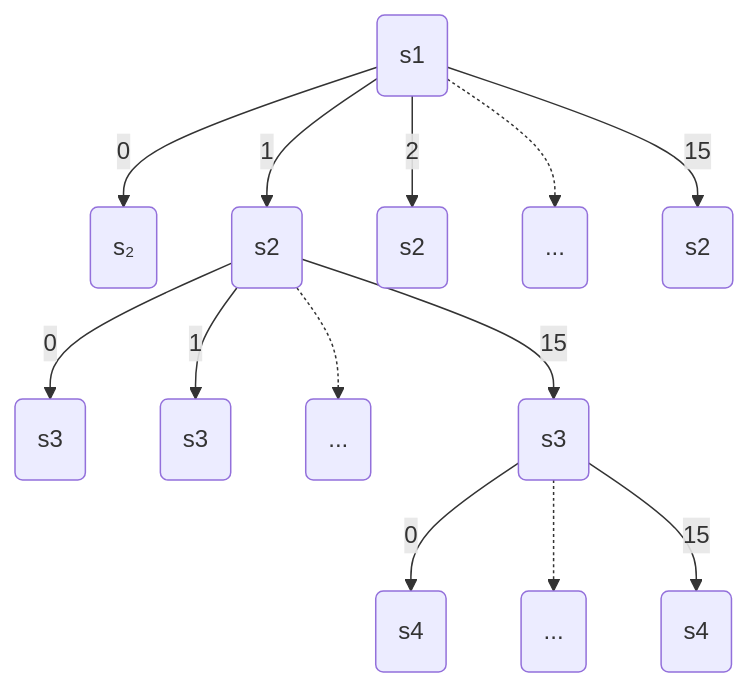
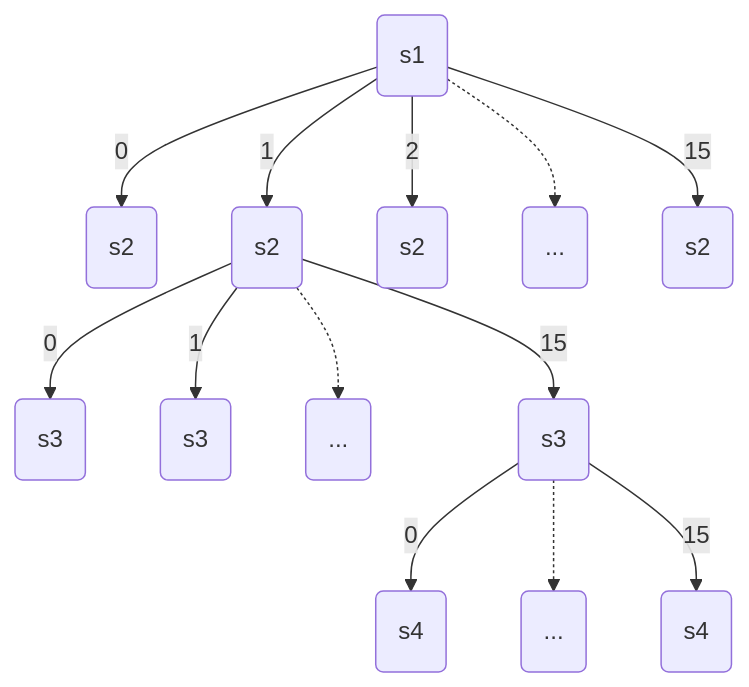
The diagram in content/posts/dice24/dice24_rps_casino.md (Tsumiiiiiiii/Tsumiiiiiiii.github.io), drawn with Mermaid before and after one commit.

```diff
--- a/content/posts/dice24/dice24_rps_casino.md
+++ b/content/posts/dice24/dice24_rps_casino.md
@@ -254,15 +254,15 @@
 {{< mermaid >}}
 graph TD;
-  A(s1) -->|0| B(s₂)
+  A(s1) -->|0| B(s2)
   A -->|1| C(s2)
   A -->|2| D(s2)
   A -.->  SK1(...)
   A -->|15| F(s2)
   C --> |0| G(s3)
   C --> |1| H(s3)
   C -.->  SK2(...)
   C --> |15| I(s3)
   I --> |0| J(s4)
   I -.-> SK3(...)
   I --> |15| K(s4)
 {{< /mermaid >}}
```
